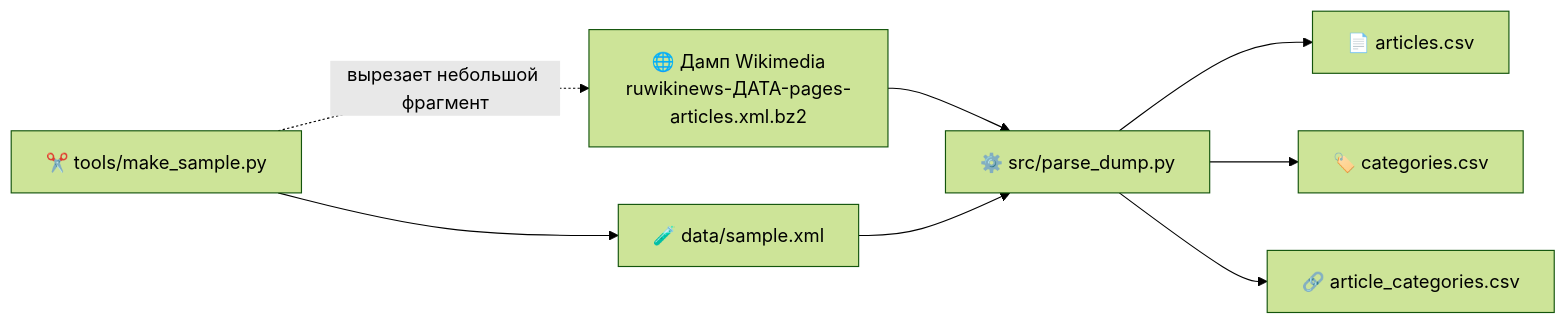
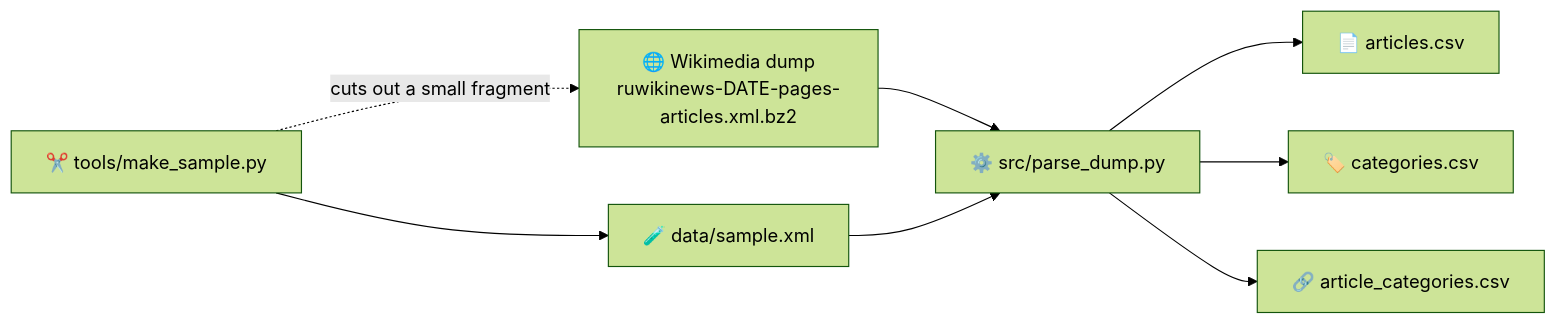
Before and after one commit to Arphey888/wikinews-corpus: the diagram in README.md, drawn with Mermaid (forest theme). The commit also changed other lines of this file and 2 other files, not shown here.

Commit message:
Облегчённая схема CSV, двуязычный README

````diff
--- a/README.md
+++ b/README.md
@@ -38,10 +40,10 @@
 ```mermaid
 flowchart LR
-    A["🌐 Дамп Wikimedia<br/>ruwikinews-ДАТА-pages-articles.xml.bz2"] --> B["⚙️ src/parse_dump.py"]
+    A["🌐 Wikimedia dump<br/>ruwikinews-DATE-pages-articles.xml.bz2"] --> B["⚙️ src/parse_dump.py"]
     B --> C["📄 articles.csv"]
     B --> D["🏷️ categories.csv"]
     B --> E["🔗 article_categories.csv"]
-    F["✂️ tools/make_sample.py"] -. "вырезает небольшой фрагмент" .-> A
+    F["✂️ tools/make_sample.py"] -. "cuts out a small fragment" .-> A
     F --> G["🧪 data/sample.xml"]
     G --> B
 ```
````
